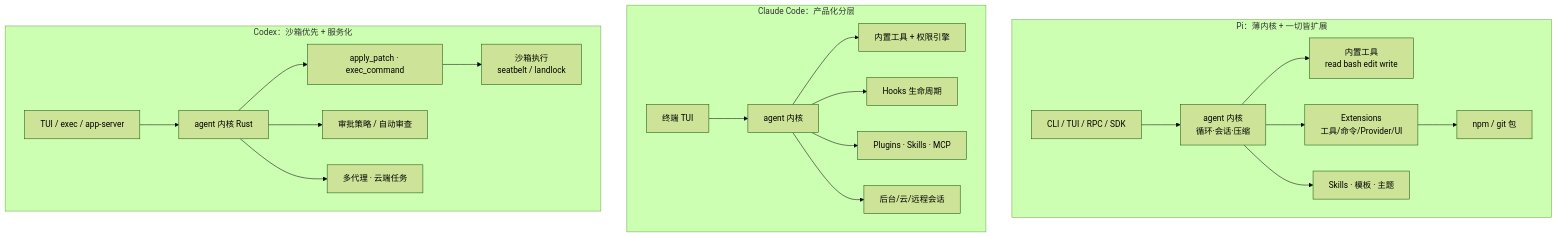
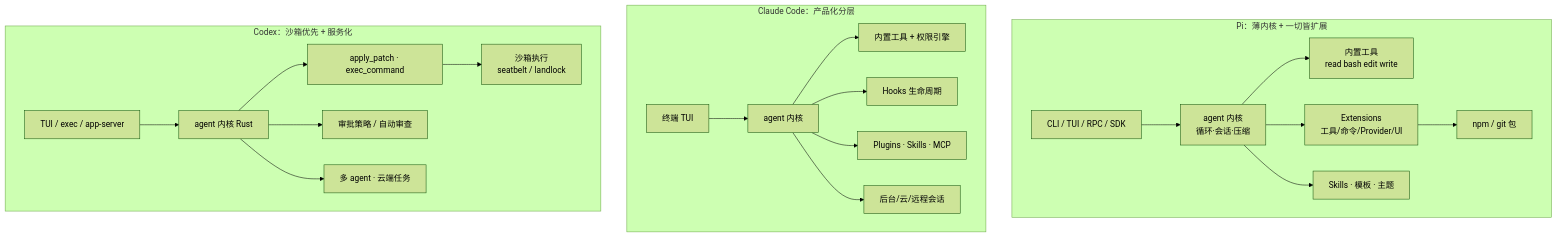
One commit to fxjs/ai-coding-agents-book changed the third of 3 diagrams in book/01-landscape.md. Above: the diagram before and after it, drawn with Mermaid (forest theme). The commit also changed other lines of this file and 29 other files, not shown here.

````diff
--- a/book/01-landscape.md
+++ b/book/01-landscape.md
@@ -121,26 +121,26 @@
 ```mermaid
 flowchart TB
   subgraph Pi["Pi：薄内核 + 一切皆扩展"]
     P1[CLI / TUI / RPC / SDK] --> P2[agent 内核<br/>循环·会话·压缩]
     P2 --> P3[内置工具<br/>read bash edit write]
     P2 --> P4[Extensions<br/>工具/命令/Provider/UI]
     P2 --> P5[Skills · 模板 · 主题]
     P4 --> P6[npm / git 包]
   end
 
   subgraph CC["Claude Code：产品化分层"]
     C1[终端 TUI] --> C2[agent 内核]
     C2 --> C3[内置工具 + 权限引擎]
     C2 --> C4[Hooks 生命周期]
     C2 --> C5[Plugins · Skills · MCP]
     C2 --> C6[后台/云/远程会话]
   end
 
   subgraph CX["Codex：沙箱优先 + 服务化"]
     X1[TUI / exec / app-server] --> X2[agent 内核 Rust]
     X2 --> X3[apply_patch · exec_command]
     X3 --> X4[沙箱执行<br/>seatbelt / landlock]
     X2 --> X5[审批策略 / 自动审查]
-    X2 --> X6[多代理 · 云端任务]
+    X2 --> X6[多 agent · 云端任务]
   end
 ```
````
